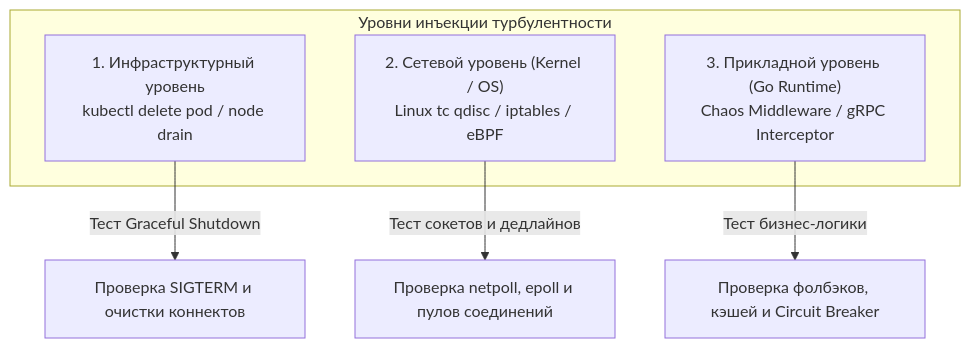
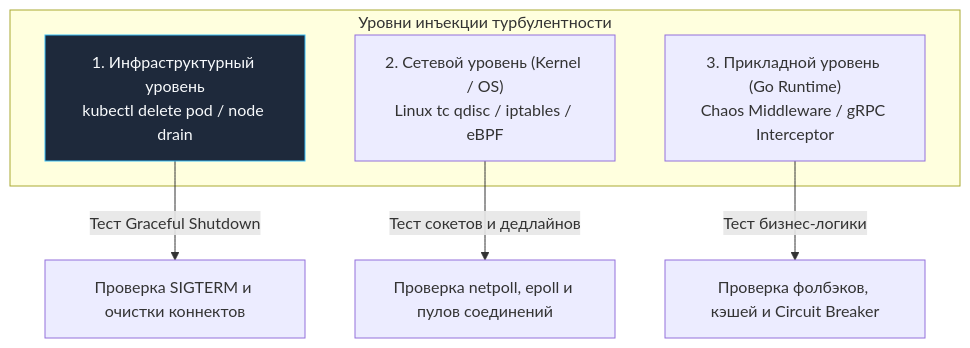
One commit to UnrealTemplier/go-textbook changed the second of 2 diagrams in sources/14. Распределенные системы на Go/05. Надежность/8. Chaos engineering.md. Above: the diagram before and after it, drawn with Mermaid. The commit also changed other lines of this file and 1666 other files, not shown here.

First line of the commit message:
feat(mermaid): add semantic color classDef to 1369 colorless flowchart/graph diagrams

````diff
--- a/sources/14. Распределенные системы на Go/05. Надежность/8. Chaos engineering.md
+++ b/sources/14. Распределенные системы на Go/05. Надежность/8. Chaos engineering.md
@@ -47,12 +57,22 @@
 ```mermaid
 flowchart TD
+    classDef process  fill:#1e293b,stroke:#38bdf8,stroke-width:1px,color:#f8fafc
+    classDef success  fill:#064e3b,stroke:#34d399,stroke-width:1px,color:#f8fafc
+    classDef error    fill:#7f1d1d,stroke:#f87171,stroke-width:1px,color:#f8fafc
+    classDef warning  fill:#78350f,stroke:#fbbf24,stroke-width:1px,color:#f8fafc
+    classDef entry    fill:#1e3a5f,stroke:#38bdf8,stroke-width:2px,color:#f8fafc
+    classDef aux      fill:#334155,stroke:#64748b,stroke-width:1px,color:#f8fafc
+    classDef system   fill:#312e81,stroke:#a78bfa,stroke-width:1px,color:#f8fafc
+    classDef data     fill:#132d29,stroke:#2dd4bf,stroke-width:1px,color:#f8fafc
+    classDef network  fill:#881337,stroke:#fb7185,stroke-width:1px,color:#f8fafc
+    classDef accent   fill:#1e1b4b,stroke:#818cf8,stroke-width:1px,color:#f8fafc
     subgraph Layers["Уровни инъекции турбулентности"]
-        L1["1. Инфраструктурный уровень<br/>kubectl delete pod / node drain"]
+        L1["1. Инфраструктурный уровень<br/>kubectl delete pod / node drain"]:::process
         L2["2. Сетевой уровень (Kernel / OS)<br/>Linux tc qdisc / iptables / eBPF"]
         L3["3. Прикладной уровень (Go Runtime)<br/>Chaos Middleware / gRPC Interceptor"]
     end
 
     L1 -->|"Тест Graceful Shutdown"| R1["Проверка SIGTERM и очистки коннектов"]
     L2 -->|"Тест сокетов и дедлайнов"| R2["Проверка netpoll, epoll и пулов соединений"]
     L3 -->|"Тест бизнес-логики"| R3["Проверка фолбэков, кэшей и Circuit Breaker"]
 ```
````
